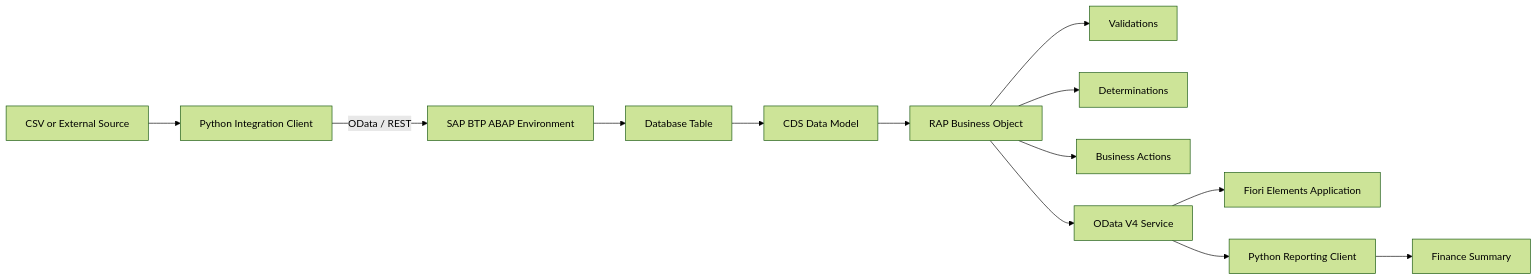
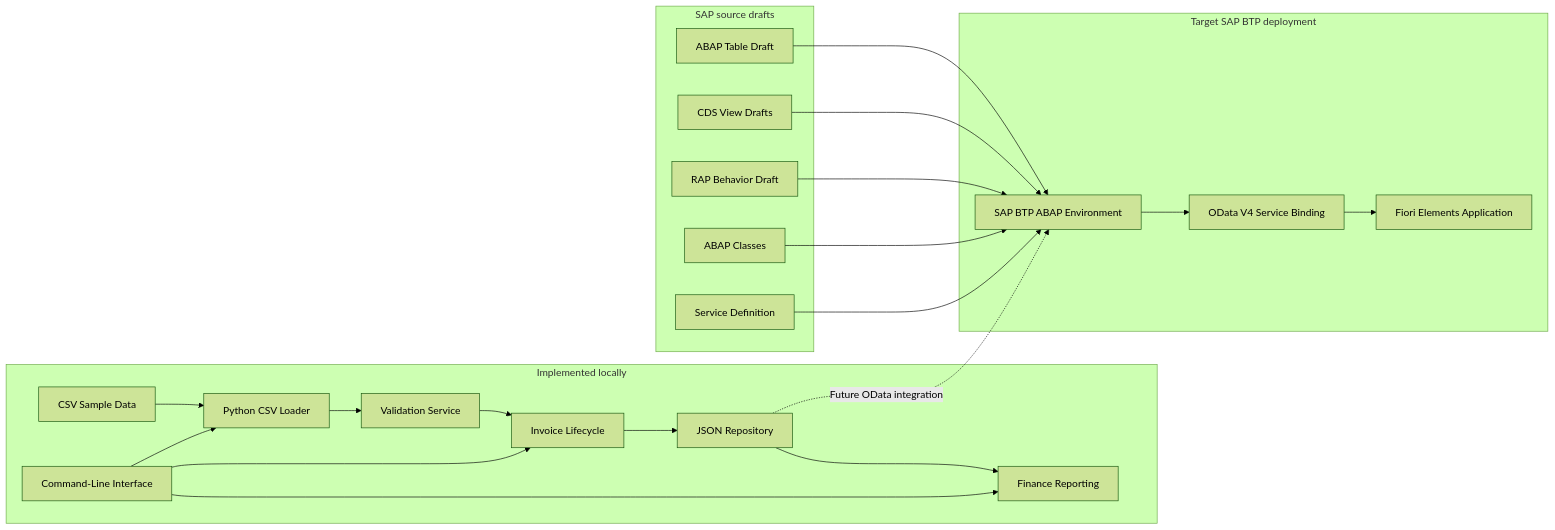
Before and after one commit to Noor-Ahmed-12/sap-btp-abap-finance-process-extension: the first of 2 diagrams in README.md, drawn with Mermaid (forest theme). The commit also changed other lines of this file and 11 other files, not shown here.

````diff
--- a/README.md
+++ b/README.md
@@ -45,19 +77,44 @@
 ```mermaid
 flowchart LR
-    A[CSV or External Source] --> B[Python Integration Client]
-    B -->|OData / REST| C[SAP BTP ABAP Environment]
+    subgraph Local["Implemented locally"]
+        A[CSV Sample Data]
+        B[Python CSV Loader]
+        C[Validation Service]
+        D[Invoice Lifecycle]
+        E[JSON Repository]
+        F[Finance Reporting]
+        G[Command-Line Interface]
 
-    C --> D[Database Table]
-    D --> E[CDS Data Model]
-    E --> F[RAP Business Object]
+        A --> B
+        B --> C
+        C --> D
+        D --> E
+        E --> F
+        G --> B
+        G --> D
+        G --> F
+    end
 
-    F --> G[Validations]
-    F --> H[Determinations]
-    F --> I[Business Actions]
+    subgraph Drafts["SAP source drafts"]
+        H[ABAP Table Draft]
+        I[CDS View Drafts]
+        J[RAP Behavior Draft]
+        K[ABAP Classes]
+        L[Service Definition]
+    end
 
-    F --> J[OData V4 Service]
-    J --> K[Fiori Elements Application]
-    J --> L[Python Reporting Client]
+    subgraph Target["Target SAP BTP deployment"]
+        M[SAP BTP ABAP Environment]
+        N[OData V4 Service Binding]
+        O[Fiori Elements Application]
+    end
 
-    L --> M[Finance Summary]
+    E -. Future OData integration .-> M
+    H --> M
+    I --> M
+    J --> M
+    K --> M
+    L --> M
+    M --> N
+    N --> O
 ```
````
